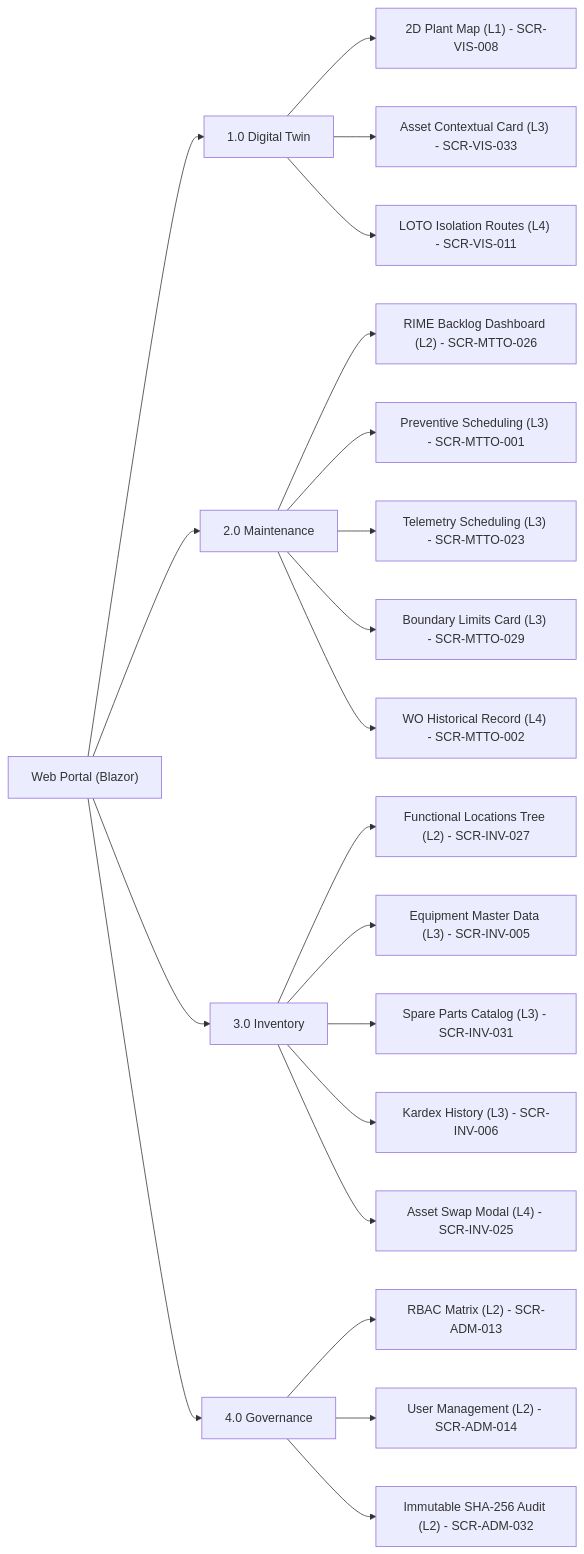
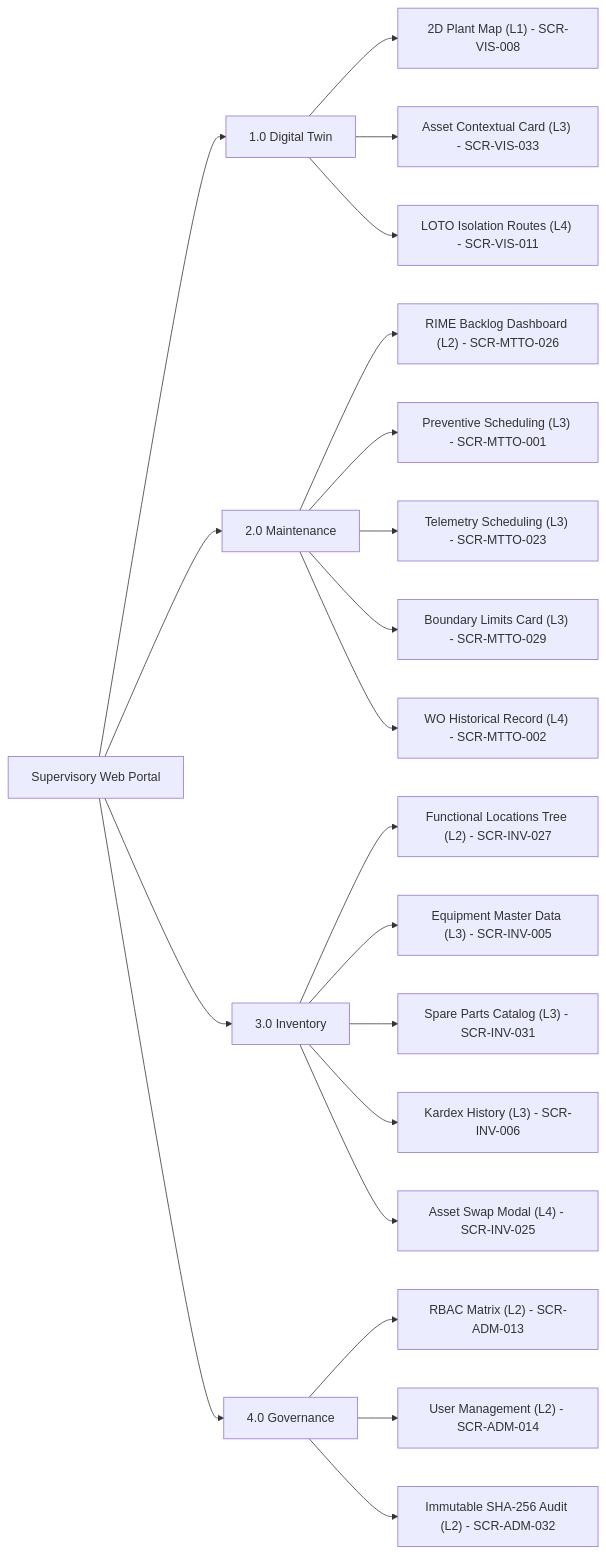
The fourth of 6 diagrams in ui-ux/DT-UI-NAV-DOC-001.md (Novav20/adso-dteam-docs), drawn with Mermaid before and after one commit. The commit also changed other lines of this file and 12 other files, not shown here.

````diff
--- a/ui-ux/DT-UI-NAV-DOC-001.md
+++ b/ui-ux/DT-UI-NAV-DOC-001.md
@@ -135,23 +131,23 @@
 ```mermaid
 flowchart LR
-    WEB["Web Portal (Blazor)"] --> W1["1.0 Digital Twin"]
+    WEB["Supervisory Web Portal"] --> W1["1.0 Digital Twin"]
     W1 --> W1A["2D Plant Map (L1) - SCR-VIS-008"]
     W1 --> W1B["Asset Contextual Card (L3) - SCR-VIS-033"]
     W1 --> W1C["LOTO Isolation Routes (L4) - SCR-VIS-011"]
     WEB --> W2["2.0 Maintenance"]
     W2 --> W2A["RIME Backlog Dashboard (L2) - SCR-MTTO-026"]
     W2 --> W2B["Preventive Scheduling (L3) - SCR-MTTO-001"]
     W2 --> W2C["Telemetry Scheduling (L3) - SCR-MTTO-023"]
     W2 --> W2D["Boundary Limits Card (L3) - SCR-MTTO-029"]
     W2 --> W2E["WO Historical Record (L4) - SCR-MTTO-002"]
     WEB --> W3["3.0 Inventory"]
     W3 --> W3A["Functional Locations Tree (L2) - SCR-INV-027"]
     W3 --> W3B["Equipment Master Data (L3) - SCR-INV-005"]
     W3 --> W3C["Spare Parts Catalog (L3) - SCR-INV-031"]
     W3 --> W3D["Kardex History (L3) - SCR-INV-006"]
     W3 --> W3E["Asset Swap Modal (L4) - SCR-INV-025"]
     WEB --> W4["4.0 Governance"]
     W4 --> W4A["RBAC Matrix (L2) - SCR-ADM-013"]
     W4 --> W4B["User Management (L2) - SCR-ADM-014"]
     W4 --> W4C["Immutable SHA-256 Audit (L2) - SCR-ADM-032"]
 ```
````
